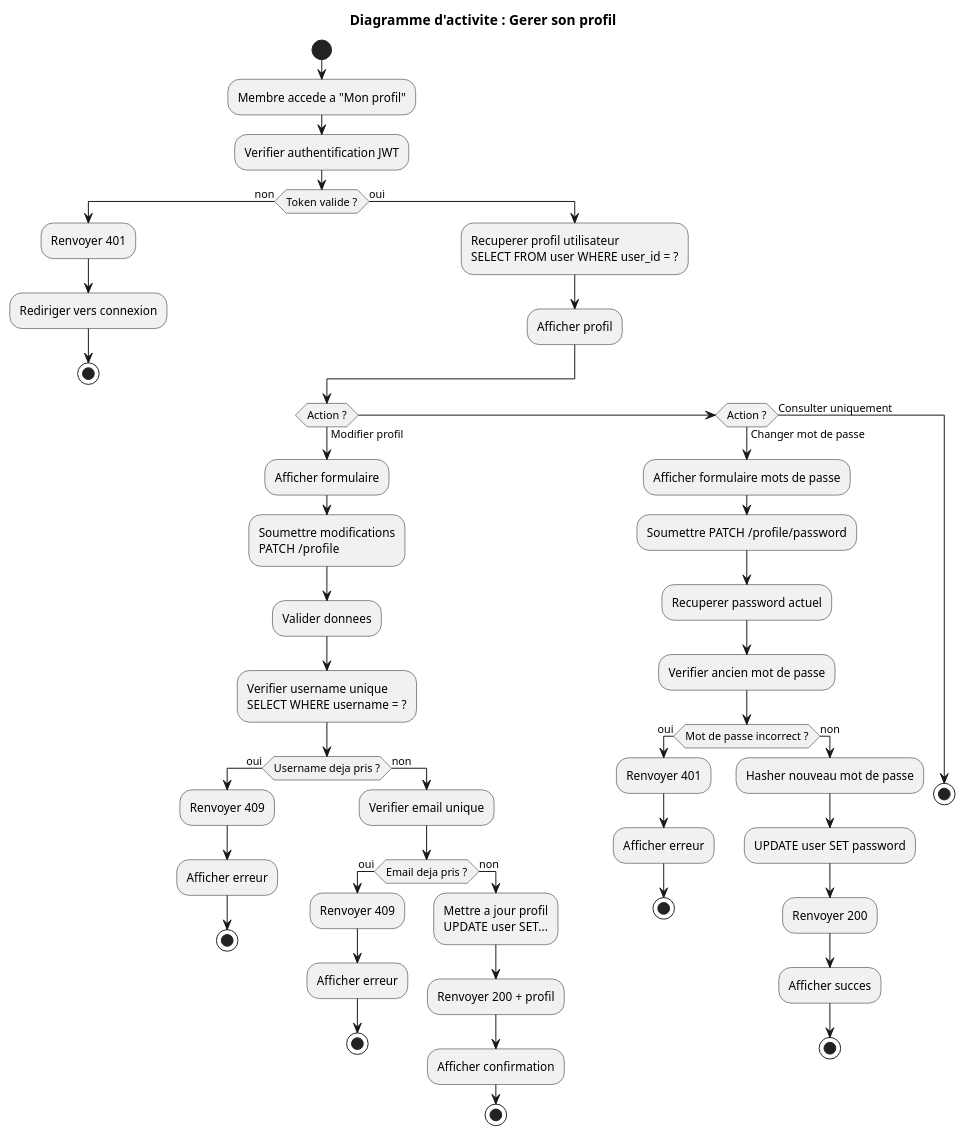
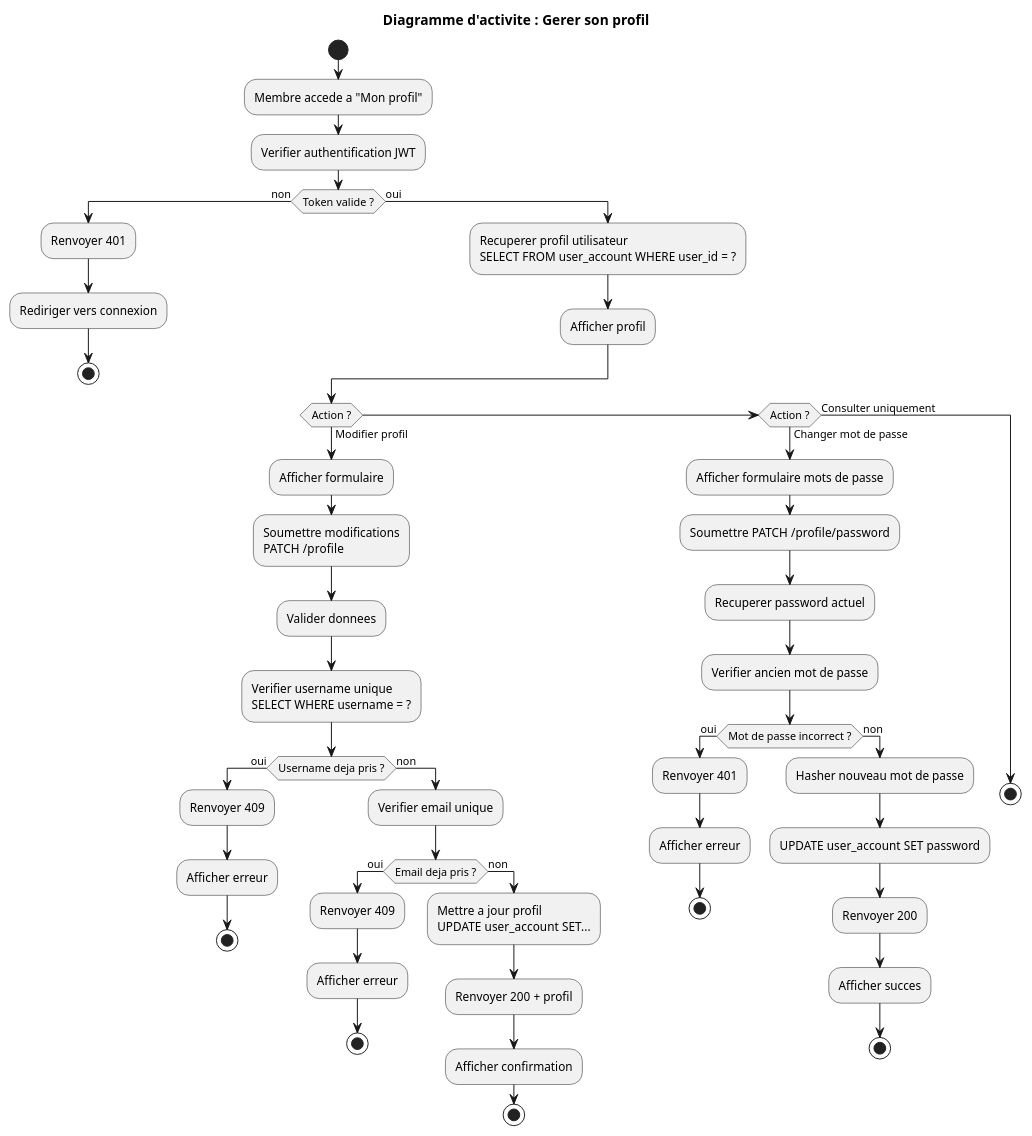
The diagram in uml/activity/manage-profile.puml (Zodiarche/MyGameList), drawn with PlantUML before and after one commit. The commit also changed 19 other files, not shown here.

Commit message:
fix: user devient user_account

```diff
--- a/uml/activity/manage-profile.puml
+++ b/uml/activity/manage-profile.puml
@@ -1,67 +1,67 @@
 @startuml Activity_GererProfil
 title Diagramme d'activite : Gerer son profil
 
 start
 
 :Membre accede a "Mon profil";
 
 :Verifier authentification JWT;
 
 if (Token valide ?) then (non)
   :Renvoyer 401;
   :Rediriger vers connexion;
   stop
 else (oui)
-  :Recuperer profil utilisateur\nSELECT FROM user WHERE user_id = ?;
+  :Recuperer profil utilisateur\nSELECT FROM user_account WHERE user_id = ?;
   
   :Afficher profil;
   
   if (Action ?) then (Modifier profil)
     :Afficher formulaire;
     :Soumettre modifications\nPATCH /profile;
     :Valider donnees;
     :Verifier username unique\nSELECT WHERE username = ?;
     
     if (Username deja pris ?) then (oui)
       :Renvoyer 409;
       :Afficher erreur;
       stop
     else (non)
       :Verifier email unique;
       
       if (Email deja pris ?) then (oui)
         :Renvoyer 409;
         :Afficher erreur;
         stop
       else (non)
-        :Mettre a jour profil\nUPDATE user SET...;
+        :Mettre a jour profil\nUPDATE user_account SET...;
         :Renvoyer 200 + profil;
         :Afficher confirmation;
         stop
       endif
     endif
     
   elseif (Action ?) then (Changer mot de passe)
     :Afficher formulaire mots de passe;
     :Soumettre PATCH /profile/password;
     :Recuperer password actuel;
     :Verifier ancien mot de passe;
     
     if (Mot de passe incorrect ?) then (oui)
       :Renvoyer 401;
       :Afficher erreur;
       stop
     else (non)
       :Hasher nouveau mot de passe;
-      :UPDATE user SET password;
+      :UPDATE user_account SET password;
       :Renvoyer 200;
       :Afficher succes;
       stop
     endif
     
   else (Consulter uniquement)
     stop
   endif
 endif
 
 @enduml
```
